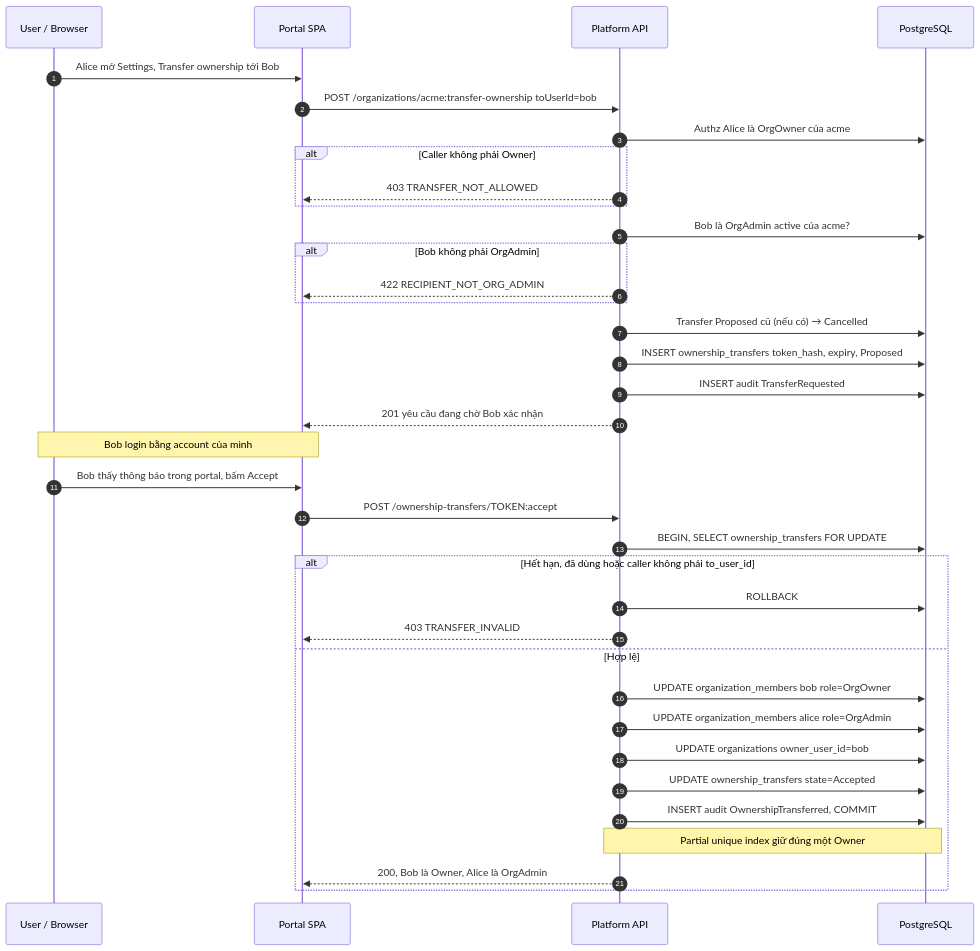
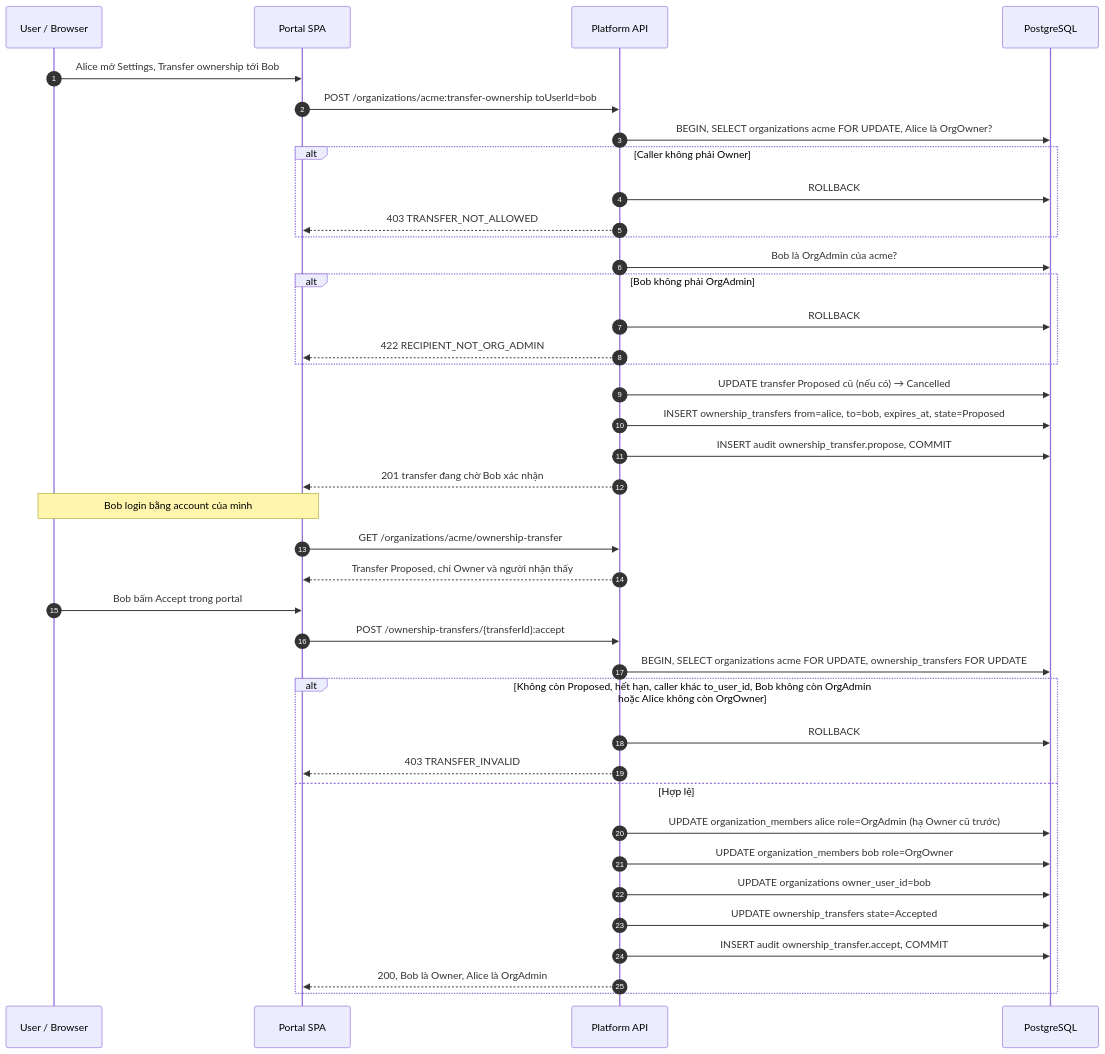
Diagram 15 of 19 in docs/architecture/03-flows.md (thaihoc1310/tenantry), drawn with Mermaid before and after one commit. The commit also changed other lines of this file and 14 other files, not shown here.

Commit message:
docs: full review of M0-M12 with org slugs without hyphens, one shared quota per Workspace, tenant RoleBinding and network admission policies, kube-proxy local detection by interface, in-app ownership transfer, missing endpoints, and demo numbers that fit the lab

````diff
--- a/docs/architecture/03-flows.md
+++ b/docs/architecture/03-flows.md
@@ -890,39 +962,42 @@
 ```mermaid
 sequenceDiagram
   autonumber
   participant U as User / Browser
   participant SPA as Portal SPA
   participant API as Platform API
   participant DB as PostgreSQL
 
   U->>SPA: Alice mở Settings, Transfer ownership tới Bob
   SPA->>API: POST /organizations/acme:transfer-ownership toUserId=bob
-  API->>DB: Authz Alice là OrgOwner của acme
+  API->>DB: BEGIN, SELECT organizations acme FOR UPDATE, Alice là OrgOwner?
   alt Caller không phải Owner
+    API->>DB: ROLLBACK
     API-->>SPA: 403 TRANSFER_NOT_ALLOWED
   end
-  API->>DB: Bob là OrgAdmin active của acme?
+  API->>DB: Bob là OrgAdmin của acme?
   alt Bob không phải OrgAdmin
+    API->>DB: ROLLBACK
     API-->>SPA: 422 RECIPIENT_NOT_ORG_ADMIN
   end
-  API->>DB: Transfer Proposed cũ (nếu có) → Cancelled
-  API->>DB: INSERT ownership_transfers token_hash, expiry, Proposed
-  API->>DB: INSERT audit TransferRequested
-  API-->>SPA: 201 yêu cầu đang chờ Bob xác nhận
+  API->>DB: UPDATE transfer Proposed cũ (nếu có) → Cancelled
+  API->>DB: INSERT ownership_transfers from=alice, to=bob, expires_at, state=Proposed
+  API->>DB: INSERT audit ownership_transfer.propose, COMMIT
+  API-->>SPA: 201 transfer đang chờ Bob xác nhận
   Note over U,SPA: Bob login bằng account của mình
-  U->>SPA: Bob thấy thông báo trong portal, bấm Accept
-  SPA->>API: POST /ownership-transfers/TOKEN:accept
-  API->>DB: BEGIN, SELECT ownership_transfers FOR UPDATE
-  alt Hết hạn, đã dùng hoặc caller không phải to_user_id
+  SPA->>API: GET /organizations/acme/ownership-transfer
+  API-->>SPA: Transfer Proposed, chỉ Owner và người nhận thấy
+  U->>SPA: Bob bấm Accept trong portal
+  SPA->>API: POST /ownership-transfers/{transferId}:accept
+  API->>DB: BEGIN, SELECT organizations acme FOR UPDATE, ownership_transfers FOR UPDATE
+  alt Không còn Proposed, hết hạn, caller khác to_user_id, Bob không còn OrgAdmin hoặc Alice không còn OrgOwner
     API->>DB: ROLLBACK
     API-->>SPA: 403 TRANSFER_INVALID
   else Hợp lệ
+    API->>DB: UPDATE organization_members alice role=OrgAdmin (hạ Owner cũ trước)
     API->>DB: UPDATE organization_members bob role=OrgOwner
-    API->>DB: UPDATE organization_members alice role=OrgAdmin
     API->>DB: UPDATE organizations owner_user_id=bob
     API->>DB: UPDATE ownership_transfers state=Accepted
-    API->>DB: INSERT audit OwnershipTransferred, COMMIT
-    Note over API,DB: Partial unique index giữ đúng một Owner
+    API->>DB: INSERT audit ownership_transfer.accept, COMMIT
     API-->>SPA: 200, Bob là Owner, Alice là OrgAdmin
   end
 ```
````
